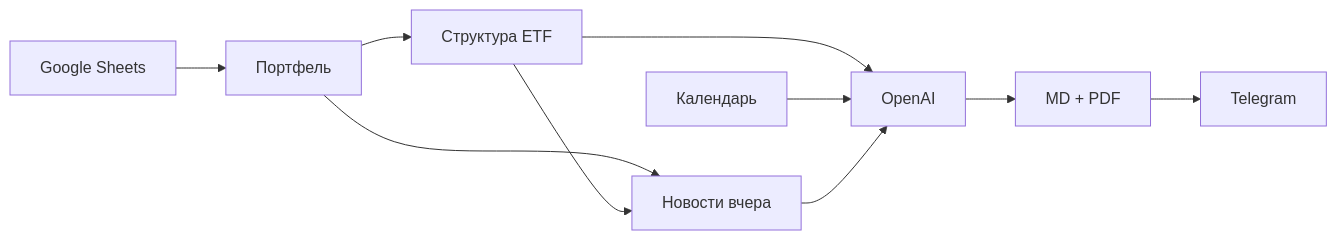
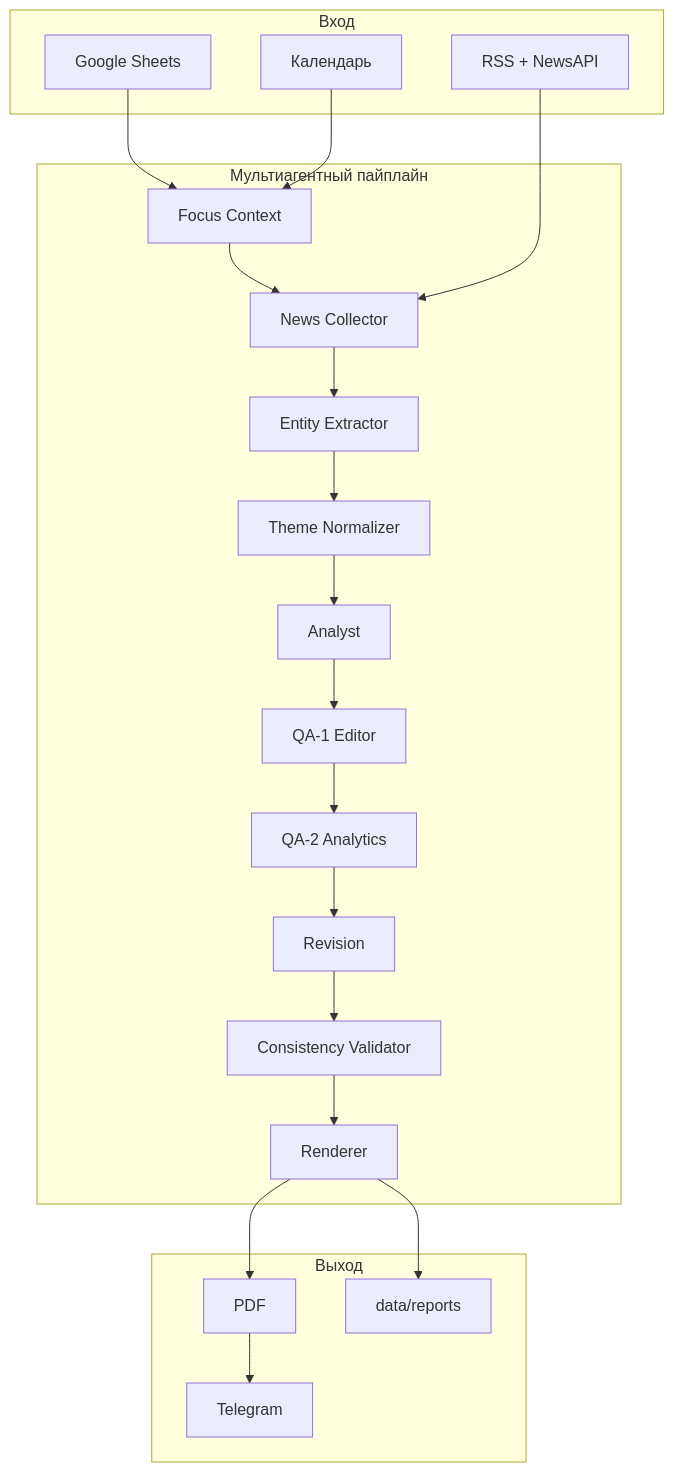
One commit to DenisVoytulevich/Project_3_etf_yesterdays_news changed the diagram in README.md. Above: the diagram before and after it, drawn with Mermaid. The commit also changed other lines of this file and 48 other files, not shown here.

````diff
--- a/README.md
+++ b/README.md
@@ -110,12 +173,35 @@
 ```mermaid
-flowchart LR
-  Sheets[Google Sheets] --> Analytics[Портфель]
-  Analytics --> Structure[Структура ETF]
-  Analytics --> News[Новости вчера]
-  Structure --> News
-  Structure --> AI[OpenAI]
-  Calendar[Календарь] --> AI
-  News --> AI
-  AI --> Report[MD + PDF]
-  Report --> Telegram[Telegram]
+flowchart TB
+  subgraph input [Вход]
+    GS[Google Sheets]
+    RSS[RSS + NewsAPI]
+    CAL[Календарь]
+  end
+
+  subgraph agents [Мультиагентный пайплайн]
+    FC[Focus Context]
+    NC[News Collector]
+    EE[Entity Extractor]
+    TN[Theme Normalizer]
+    AN[Analyst]
+    Q1[QA-1 Editor]
+    Q2[QA-2 Analytics]
+    RV[Revision]
+    CV[Consistency Validator]
+    RD[Renderer]
+  end
+
+  subgraph output [Выход]
+    PDF[PDF]
+    TG[Telegram]
+    ARCH[data/reports]
+  end
+
+  GS --> FC
+  FC --> NC --> EE --> TN --> AN
+  AN --> Q1 --> Q2 --> RV --> CV --> RD
+  RSS --> NC
+  CAL --> FC
+  RD --> PDF --> TG
+  RD --> ARCH
 ```
````
